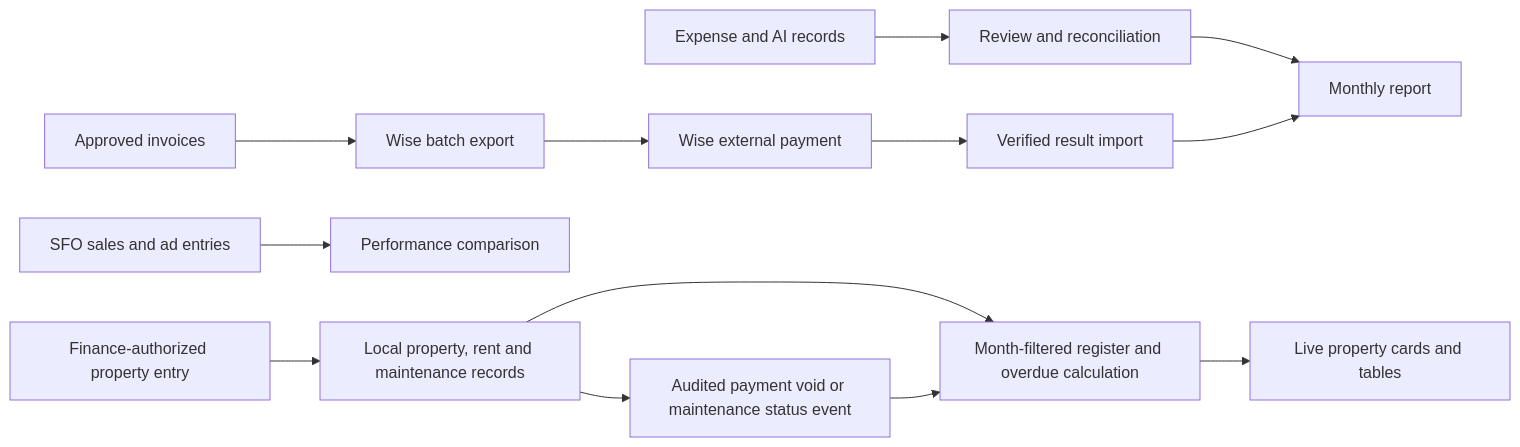
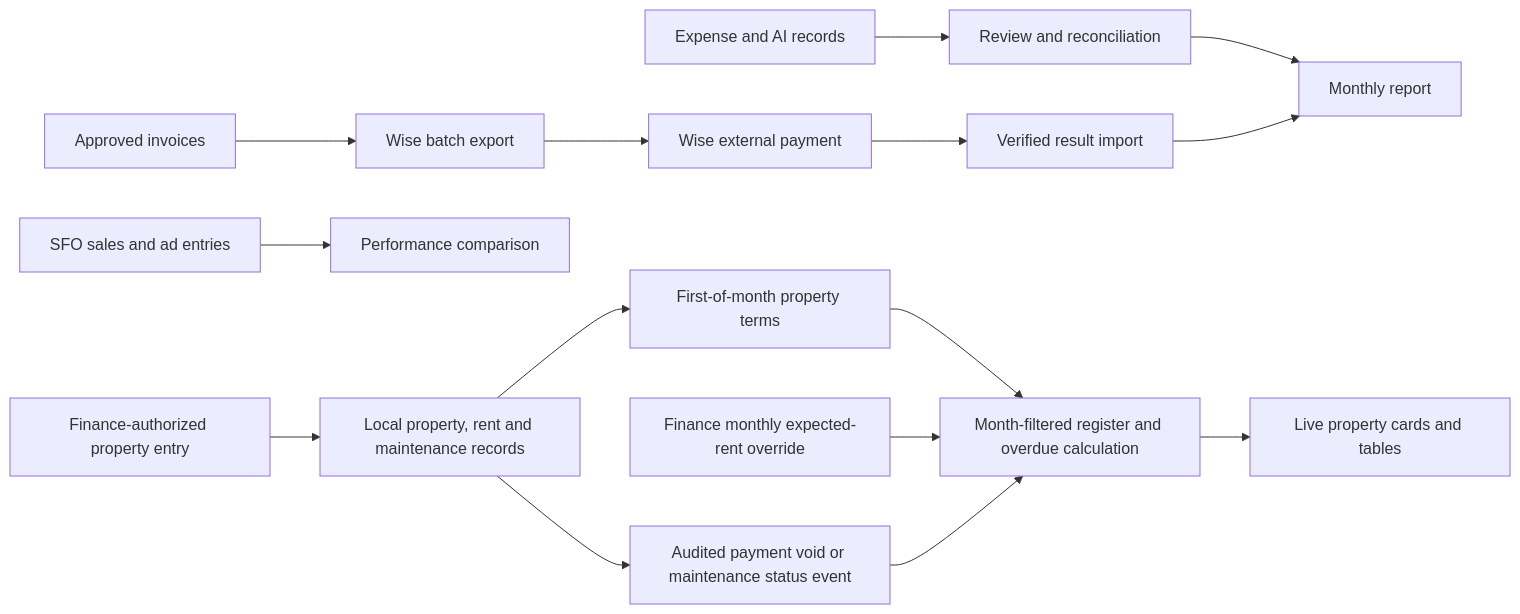
The diagram in docs/features/finance-redesign/optimization.md (may24fc/sn-connect-app), drawn with Mermaid before and after one commit. The commit also changed other lines of this file and 49 other files, not shown here.

````diff
--- a/docs/features/finance-redesign/optimization.md
+++ b/docs/features/finance-redesign/optimization.md
@@ -78,15 +86,17 @@
 ```mermaid
 flowchart LR
   E[Expense and AI records] --> R[Review and reconciliation]
   R --> P[Monthly report]
   I[Approved invoices] --> B[Wise batch export]
   B --> W[Wise external payment]
   W --> V[Verified result import]
   V --> P
   S[SFO sales and ad entries] --> C[Performance comparison]
   O[Finance-authorized property entry] --> D[Local property, rent and maintenance records]
-  D --> M[Month-filtered register and overdue calculation]
+  D --> T[First-of-month property terms]
+  T --> M[Month-filtered register and overdue calculation]
+  F[Finance monthly expected-rent override] --> M
   M --> U[Live property cards and tables]
   D --> X[Audited payment void or maintenance status event]
   X --> M
 ```
````
